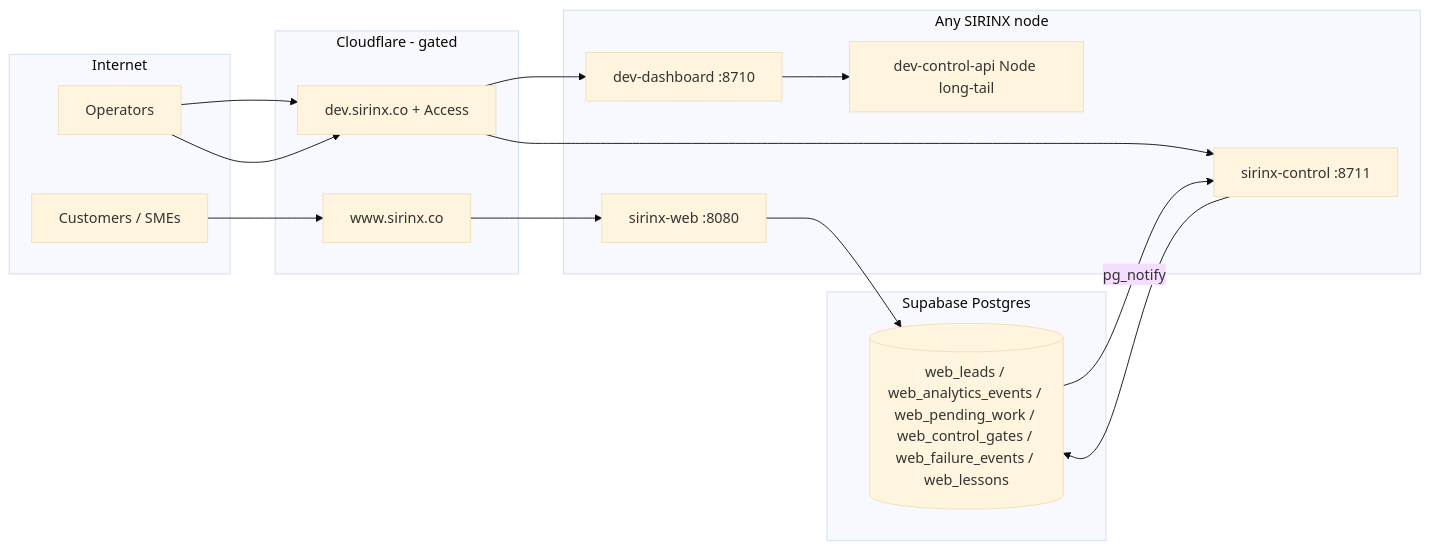
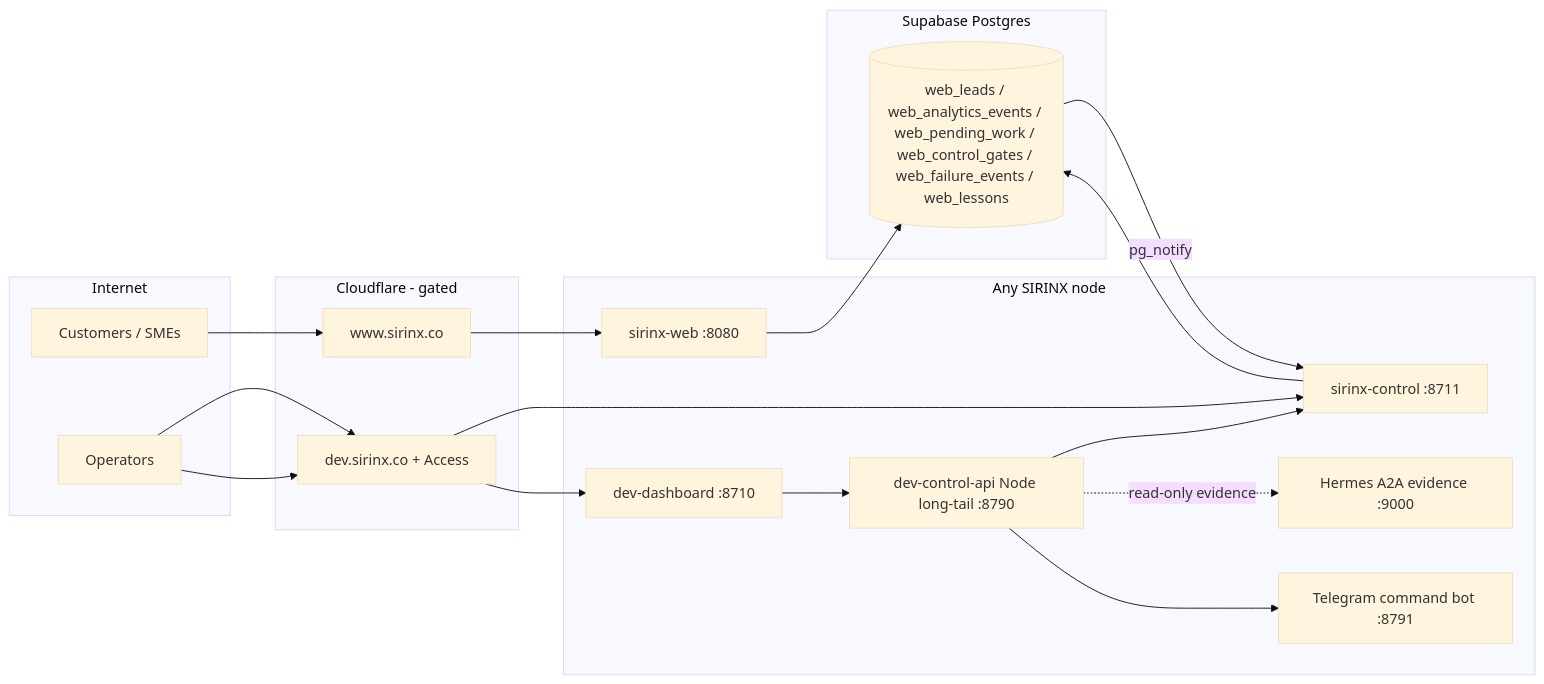
One commit to ton36475-lgtm/sirinx-co changed the first of 4 diagrams in SYSTEM_ARCHITECTURE.md. Above: the diagram before and after it, drawn with Mermaid (base theme). The commit also changed other lines of this file and 92 other files, not shown here.

````diff
--- a/SYSTEM_ARCHITECTURE.md
+++ b/SYSTEM_ARCHITECTURE.md
@@ -7,27 +7,32 @@
 ```mermaid
 flowchart LR
     subgraph Internet
         C[Customers / SMEs]
         O[Operators]
     end
     subgraph Edge [Cloudflare - gated]
         CF[www.sirinx.co]
         CFA[dev.sirinx.co + Access]
     end
     subgraph Node [Any SIRINX node]
         W[sirinx-web :8080]
         K[sirinx-control :8711]
         D[dev-dashboard :8710]
-        N[dev-control-api Node long-tail]
+        N[dev-control-api Node long-tail :8790]
+        T[Telegram command bot :8791]
+        H[Hermes A2A evidence :9000]
     end
     subgraph Data [Supabase Postgres]
         DB[(web_leads / web_analytics_events / web_pending_work / web_control_gates / web_failure_events / web_lessons)]
     end
     C --> CF --> W
     O --> CFA --> K
     O --> CFA --> D
     W --> DB
     K --> DB
     D --> N
+    N --> K
+    N -. read-only evidence .-> H
+    N --> T
     DB -- pg_notify --> K
 ```
````
